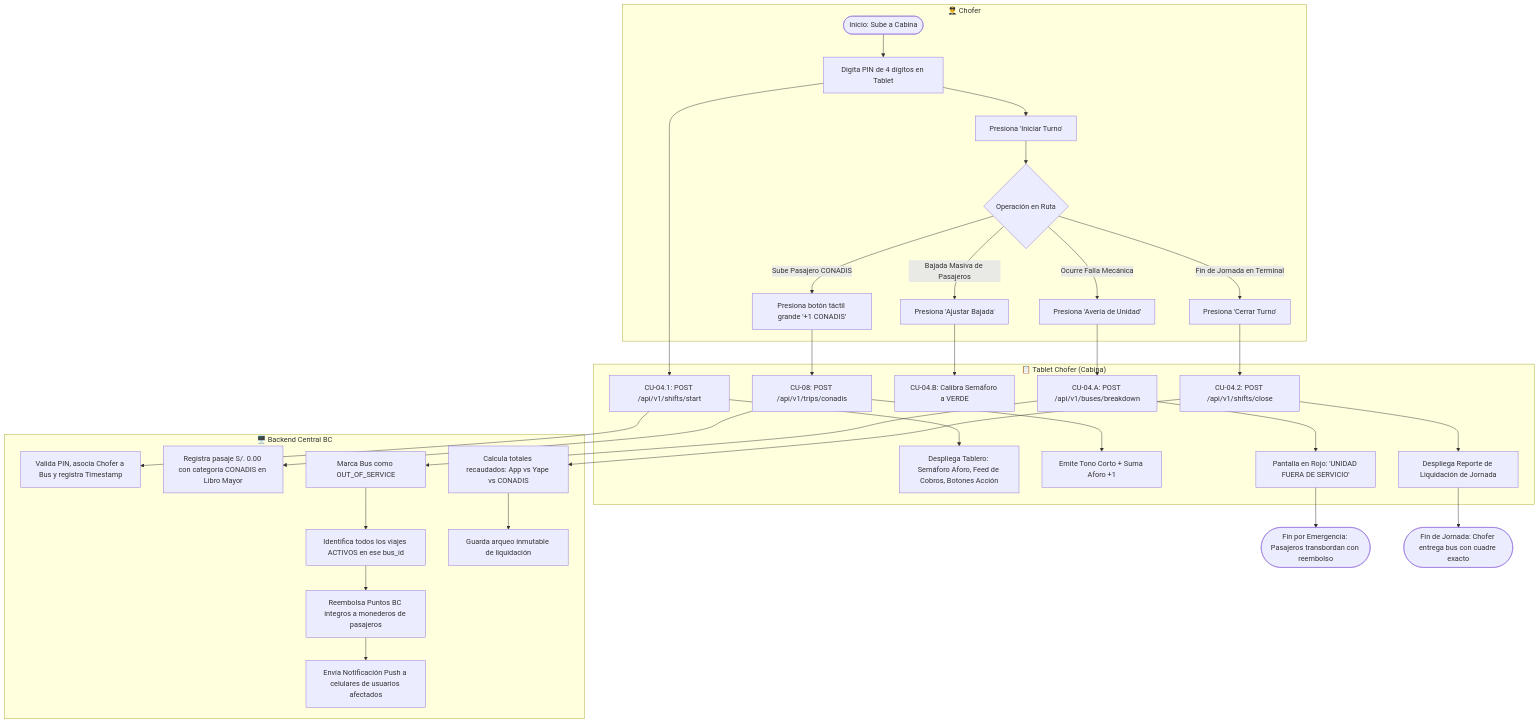
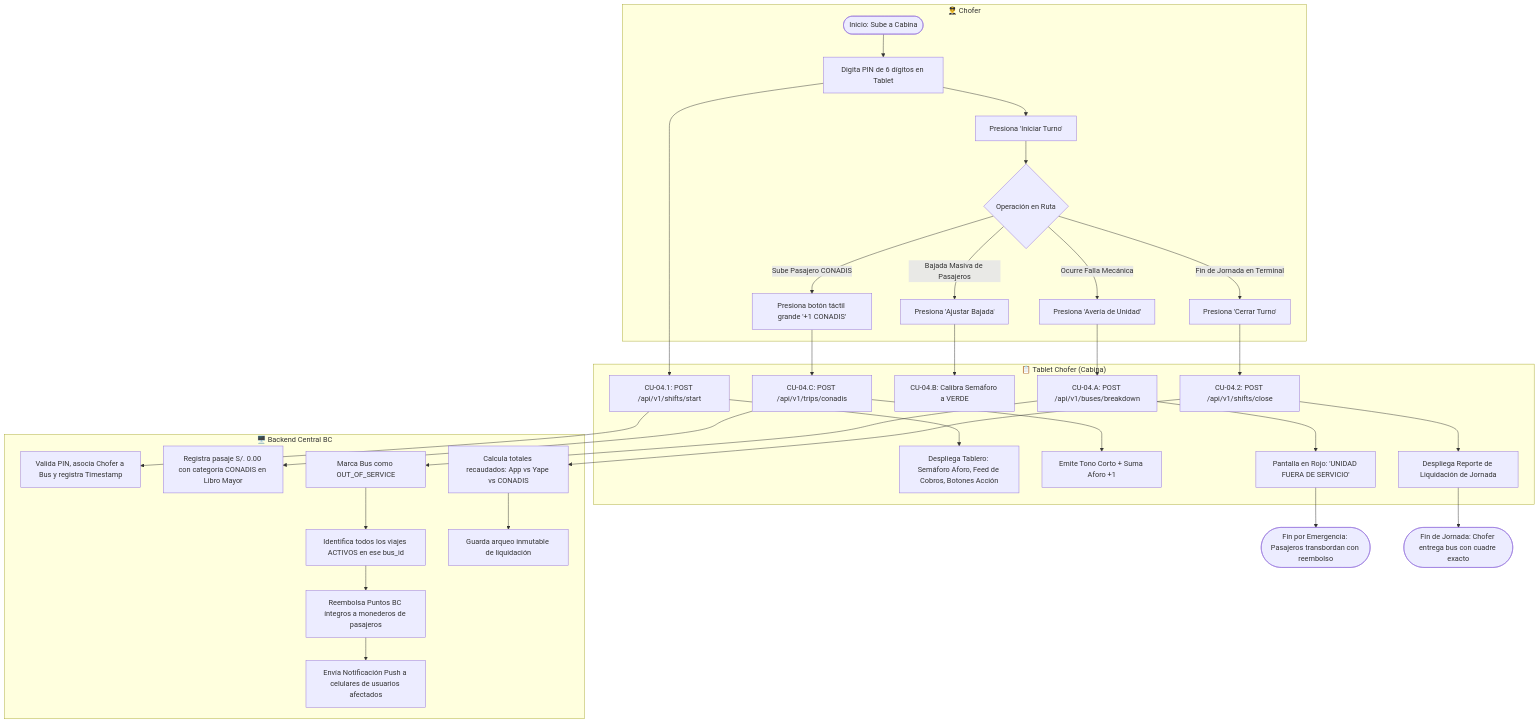
The diagram in docs/casos_de_uso/CU04/CU04_Operacion_Turno_Conductor_Tablet.md (aron-quito/sem-bus), drawn with Mermaid before and after one commit. The commit also changed other lines of this file and 28 other files, not shown here.

````diff
--- a/docs/casos_de_uso/CU04/CU04_Operacion_Turno_Conductor_Tablet.md
+++ b/docs/casos_de_uso/CU04/CU04_Operacion_Turno_Conductor_Tablet.md
@@ -66,46 +66,46 @@
 ```mermaid
 flowchart TD
     subgraph Chofer["👨‍✈️ Chofer"]
-        A1([Inicio: Sube a Cabina]) --> A2[Digita PIN de 4 dígitos en Tablet]
+        A1([Inicio: Sube a Cabina]) --> A2[Digita PIN de 6 dígitos en Tablet]
         A2 --> A3[Presiona 'Iniciar Turno']
         A3 --> A4{Operación en Ruta}
         
         A4 -->|Sube Pasajero CONADIS| A_CON[Presiona botón táctil grande '+1 CONADIS']
         A4 -->|Ocurre Falla Mecánica| A_FAIL[Presiona 'Avería de Unidad']
         A4 -->|Bajada Masiva de Pasajeros| A_ADJ[Presiona 'Ajustar Bajada']
         A4 -->|Fin de Jornada en Terminal| A_END[Presiona 'Cerrar Turno']
     end
 
     subgraph Tablet["📋 Tablet Chofer (Cabina)"]
         A2 --> B1[CU-04.1: POST /api/v1/shifts/start]
         B1 --> B2[Despliega Tablero: Semáforo Aforo, Feed de Cobros, Botones Acción]
         
-        A_CON --> B3[CU-08: POST /api/v1/trips/conadis]
+        A_CON --> B3[CU-04.C: POST /api/v1/trips/conadis]
         B3 --> B4[Emite Tono Corto + Suma Aforo +1]
         
         A_ADJ --> B5[CU-04.B: Calibra Semáforo a VERDE]
         
         A_FAIL --> B6[CU-04.A: POST /api/v1/buses/breakdown]
         B6 --> B7[Pantalla en Rojo: 'UNIDAD FUERA DE SERVICIO']
         
         A_END --> B8[CU-04.2: POST /api/v1/shifts/close]
         B8 --> B9[Despliega Reporte de Liquidación de Jornada]
     end
 
     subgraph Backend["🖥️ Backend Central BC"]
         B1 --> C1[Valida PIN, asocia Chofer a Bus y registra Timestamp]
         
         B3 --> C2[Registra pasaje S/. 0.00 con categoría CONADIS en Libro Mayor]
         
         B6 --> C3[Marca Bus como OUT_OF_SERVICE]
         C3 --> C4[Identifica todos los viajes ACTIVOS en ese bus_id]
         C4 --> C5[Reembolsa Puntos BC íntegros a monederos de pasajeros]
         C5 --> C6[Envía Notificación Push a celulares de usuarios afectados]
         
         B8 --> C7[Calcula totales recaudados: App vs Yape vs CONADIS]
         C7 --> C8[Guarda arqueo inmutable de liquidación]
     end
 
     B7 --> END_FAIL([Fin por Emergencia: Pasajeros transbordan con reembolso])
     B9 --> END_OK([Fin de Jornada: Chofer entrega bus con cuadre exacto])
 ```
````
